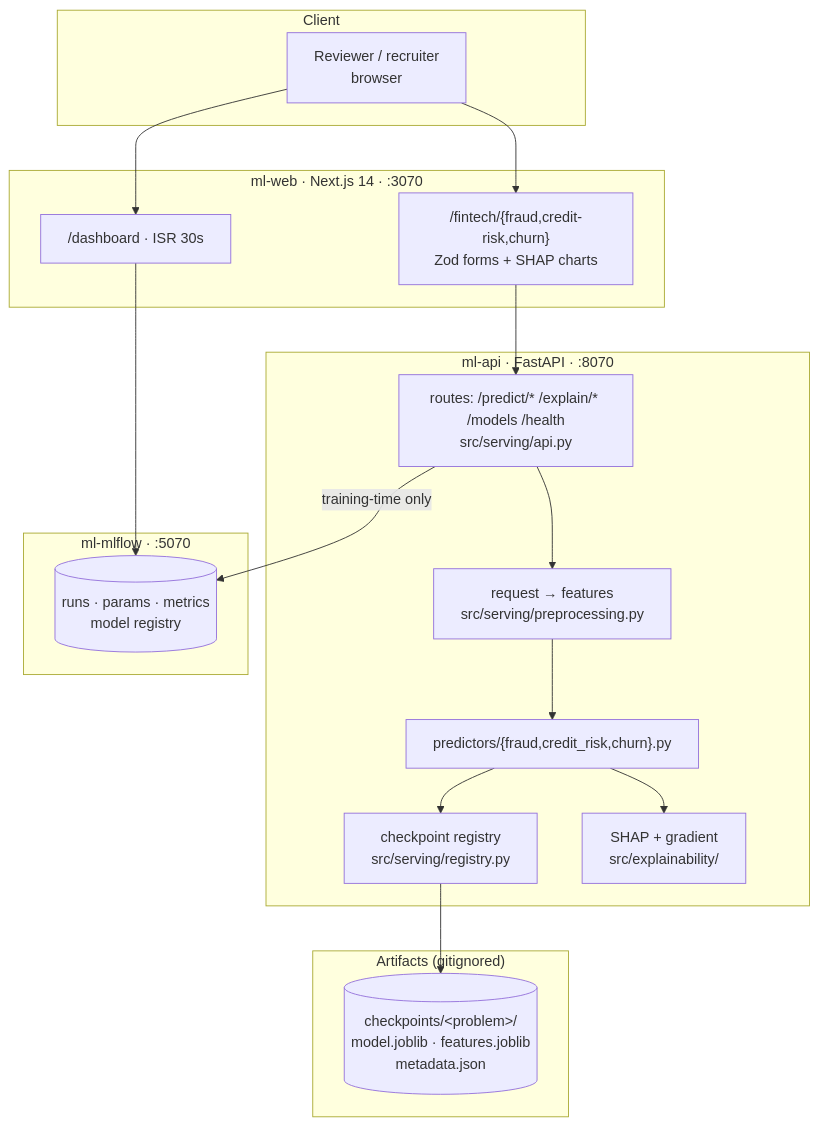
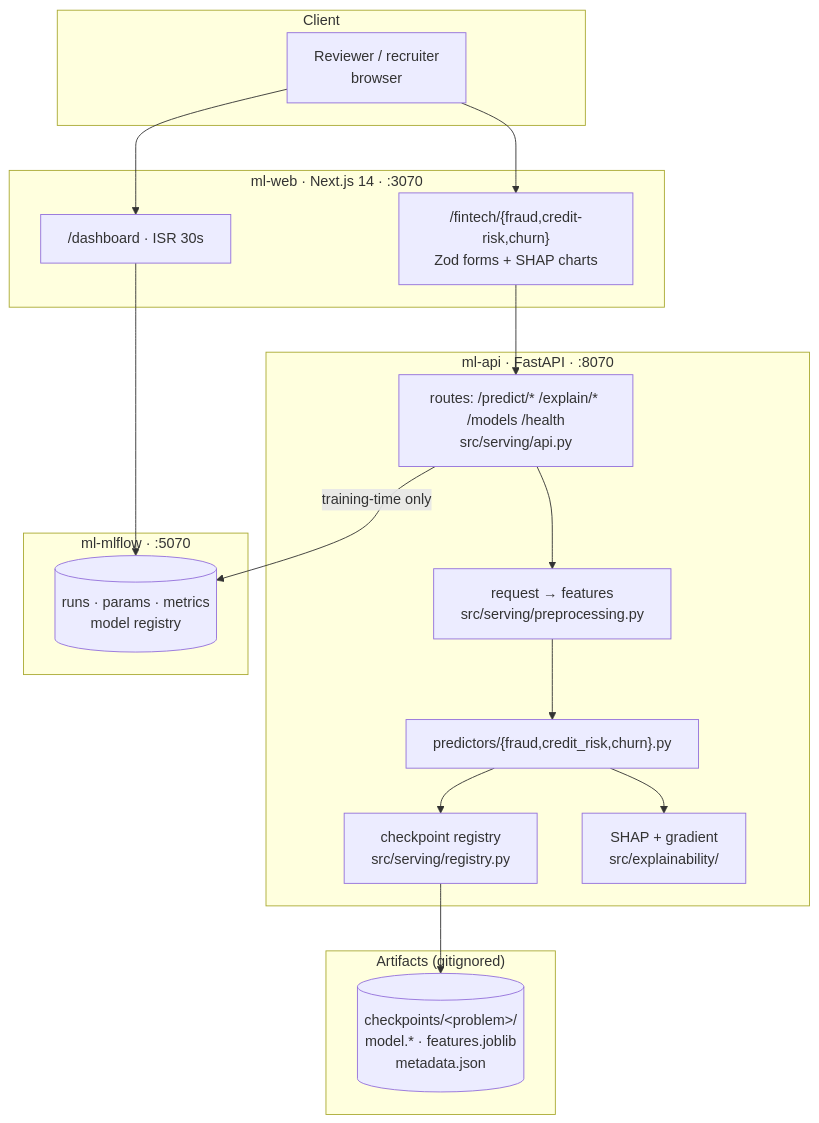
Before and after one commit to armandogon94/Portfolio-ML-System: the first of 3 diagrams in docs/architecture.md, drawn with Mermaid. The commit also changed other lines of this file and 51 other files, not shown here.

````diff
--- a/docs/architecture.md
+++ b/docs/architecture.md
@@ -12,29 +12,29 @@
 ```mermaid
 flowchart TB
     subgraph client["Client"]
         U["Reviewer / recruiter<br/>browser"]
     end
     subgraph web["ml-web · Next.js 14 · :3070"]
         P["/fintech/{fraud,credit-risk,churn}<br/>Zod forms + SHAP charts"]
         D["/dashboard · ISR 30s"]
     end
     subgraph api["ml-api · FastAPI · :8070"]
         R["routes: /predict/* /explain/* /models /health<br/>src/serving/api.py"]
         REG["checkpoint registry<br/>src/serving/registry.py"]
         PRE["request → features<br/>src/serving/preprocessing.py"]
         PRD["predictors/{fraud,credit_risk,churn}.py"]
         EXP["SHAP + gradient<br/>src/explainability/"]
     end
     subgraph store["Artifacts (gitignored)"]
-        CK[("checkpoints/&lt;problem&gt;/<br/>model.joblib · features.joblib<br/>metadata.json")]
+        CK[("checkpoints/&lt;problem&gt;/<br/>model.* · features.joblib<br/>metadata.json")]
     end
     subgraph track["ml-mlflow · :5070"]
         ML[("runs · params · metrics<br/>model registry")]
     end
     U --> P --> R
     U --> D --> ML
     R --> PRE --> PRD --> EXP
     REG --> CK
     PRD --> REG
     R -->|"training-time only"| ML
 ```
````
